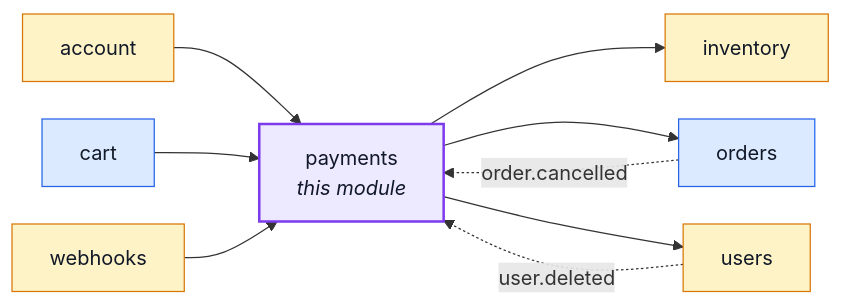
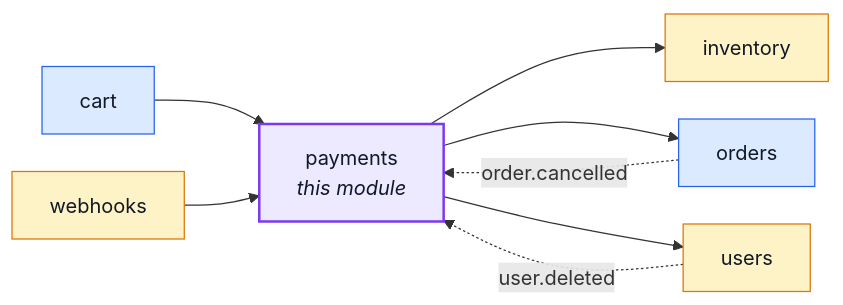
The first of 6 diagrams in docs/modules/payments.md (Guebbit/boilerplate-node-backend), drawn with Mermaid before and after one commit. The commit also changed 35 other files, not shown here.

````diff
--- a/docs/modules/payments.md
+++ b/docs/modules/payments.md
@@ -16,28 +16,26 @@
 ```mermaid
 %%{init: {'flowchart': {'nodeSpacing': 30, 'rankSpacing': 60}}}%%
 flowchart LR
     payments["payments<br/><i>this module</i>"]
-    account["account"]
     cart["cart"]
     inventory["inventory"]
     orders["orders"]
     users["users"]
     webhooks["webhooks"]
 
-    account --> payments
     cart --> payments
     webhooks --> payments
     payments --> inventory
     payments --> orders
     payments --> users
     orders -. "order.cancelled" .-> payments
     users -. "user.deleted" .-> payments
 
     classDef core fill:#dbeafe,stroke:#2563eb,color:#111827;
     classDef supporting fill:#fef3c7,stroke:#d97706,color:#111827;
     classDef generic fill:#dcfce7,stroke:#16a34a,color:#111827;
     classDef centre fill:#ede9fe,stroke:#7c3aed,stroke-width:2px,color:#111827;
     class cart,orders core;
-    class account,inventory,users,webhooks supporting;
+    class inventory,users,webhooks supporting;
     class payments centre;
 ```
````
